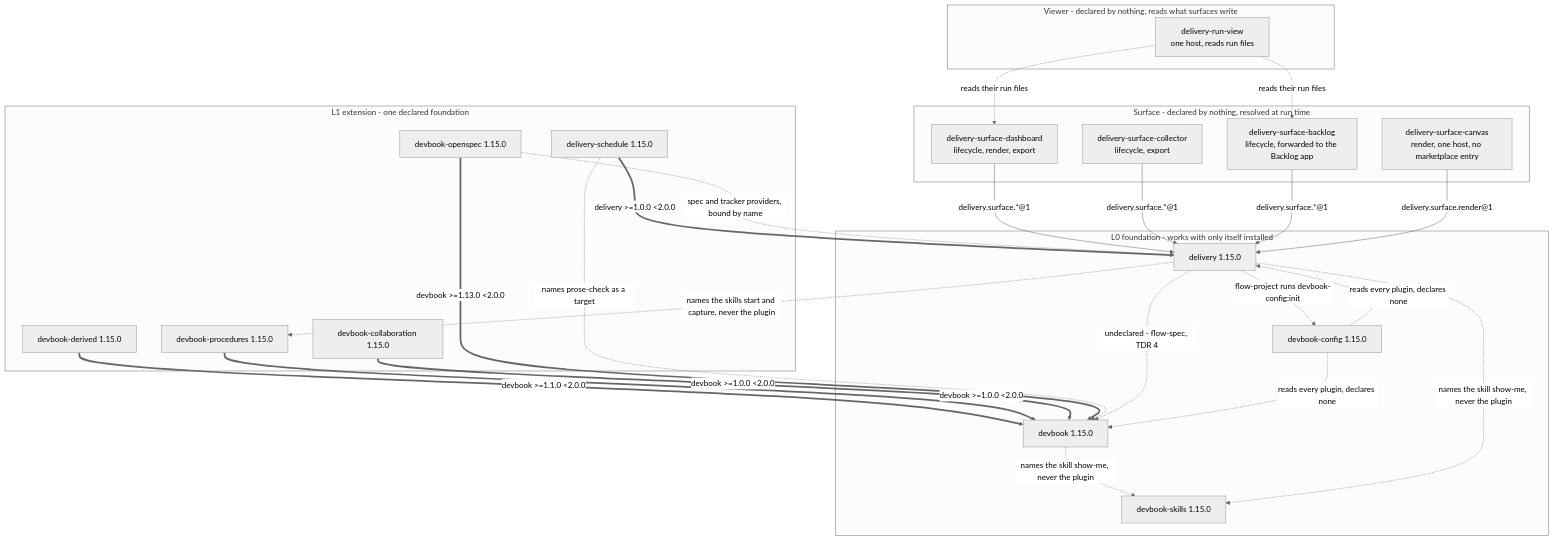
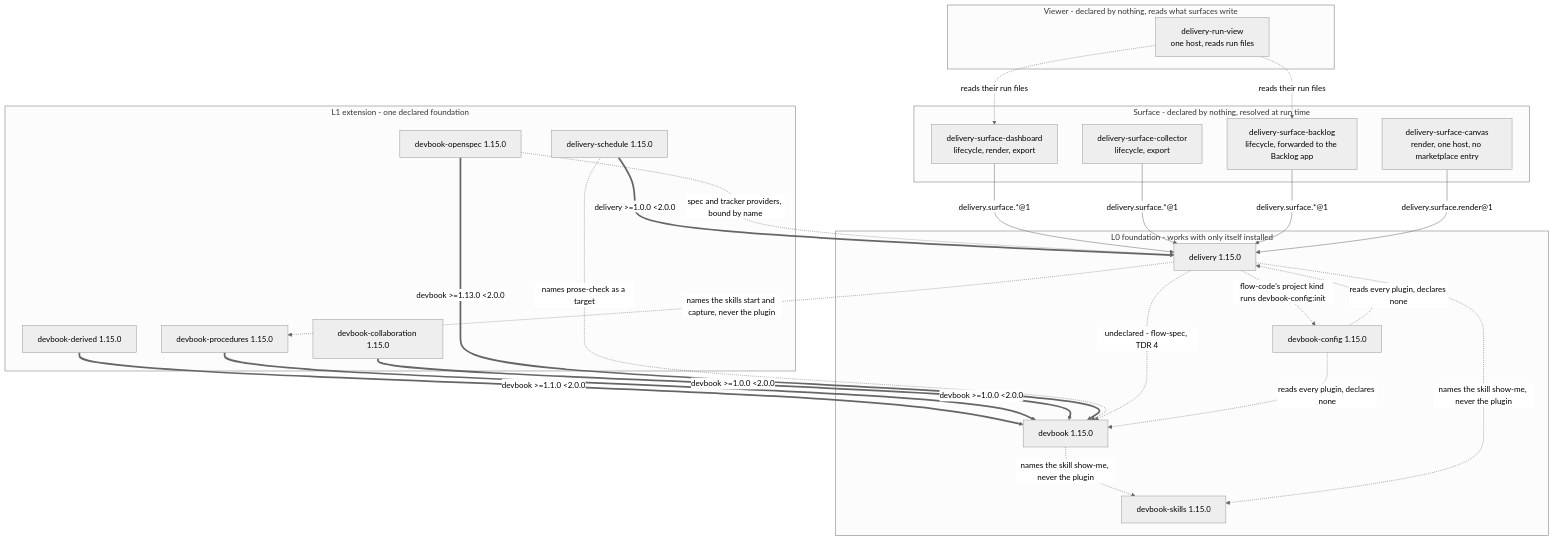
One commit to JSdotNet/ai-agent-stack changed the first of 3 diagrams in .devbook/arc42/05-building-block-view.md. Above: the diagram before and after it, drawn with Mermaid (neutral theme). The commit also changed other lines of this file and 10 other files, not shown here.

````diff
--- a/.devbook/arc42/05-building-block-view.md
+++ b/.devbook/arc42/05-building-block-view.md
@@ -29,51 +29,51 @@
 ```mermaid
 flowchart TB
     subgraph L0["L0 foundation - works with only itself installed"]
         DEV["devbook 1.15.0"]
         DEL["delivery 1.15.0"]
         CFG["devbook-config 1.15.0"]
         SKL["devbook-skills 1.15.0"]
     end
 
     subgraph L1["L1 extension - one declared foundation"]
         DBD["devbook-derived 1.15.0"]
         DPR["devbook-procedures 1.15.0"]
         DBC["devbook-collaboration 1.15.0"]
         DOS["devbook-openspec 1.15.0"]
         SCH["delivery-schedule 1.15.0"]
     end
 
     subgraph SURF["Surface - declared by nothing, resolved at run time"]
         SD["delivery-surface-dashboard<br/>lifecycle, render, export"]
         SL["delivery-surface-collector<br/>lifecycle, export"]
         SB["delivery-surface-backlog<br/>lifecycle, forwarded to the Backlog app"]
         SC["delivery-surface-canvas<br/>render, one host, no marketplace entry"]
     end
 
     subgraph VIEW["Viewer - declared by nothing, reads what surfaces write"]
         RV["delivery-run-view<br/>one host, reads run files"]
     end
 
     DBD ==>|"devbook >=1.1.0 &lt;2.0.0"| DEV
     DPR ==>|"devbook >=1.0.0 &lt;2.0.0"| DEV
     DBC ==>|"devbook >=1.0.0 &lt;2.0.0"| DEV
     DOS ==>|"devbook >=1.13.0 &lt;2.0.0"| DEV
     SCH ==>|"delivery >=1.0.0 &lt;2.0.0"| DEL
 
     SD -->|"delivery.surface.*@1"| DEL
     SL -->|"delivery.surface.*@1"| DEL
     SB -->|"delivery.surface.*@1"| DEL
     SC -->|"delivery.surface.render@1"| DEL
     RV -.->|"reads their run files"| SD
     RV -.->|"reads their run files"| SB
 
     SCH -.->|"names prose-check as a target"| DEV
     DEL -.->|"undeclared - flow-spec, TDR 4"| DEV
     DEL -.->|"names the skills start and capture, never the plugin"| DPR
     CFG -.->|"reads every plugin, declares none"| DEV
     CFG -.->|"reads every plugin, declares none"| DEL
-    DEL -.->|"flow-project runs devbook-config:init"| CFG
+    DEL -.->|"flow-code's project kind runs devbook-config:init"| CFG
     DOS -.->|"spec and tracker providers, bound by name"| DEL
     DEV -.->|"names the skill show-me, never the plugin"| SKL
     DEL -.->|"names the skill show-me, never the plugin"| SKL
 ```
````
